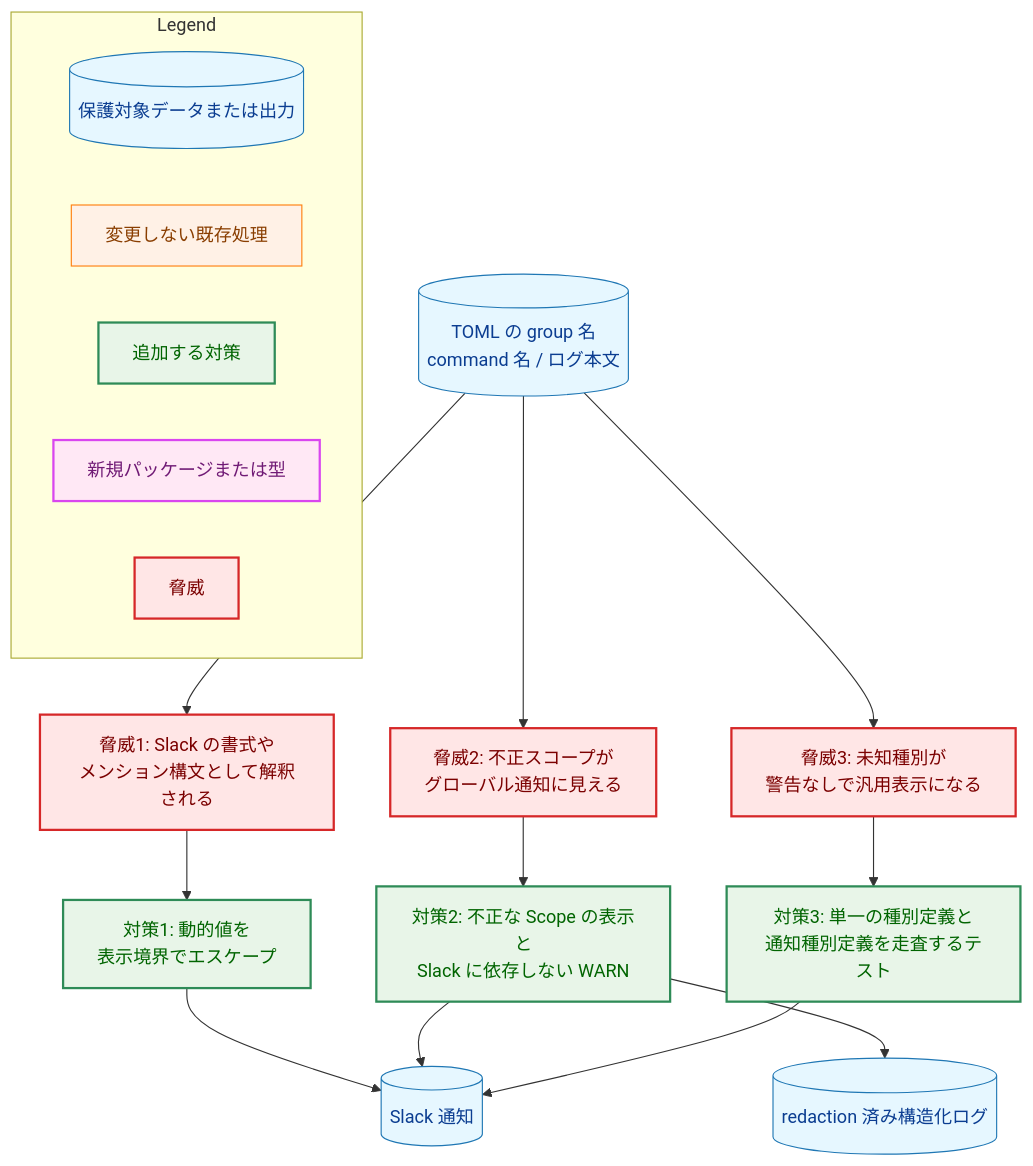
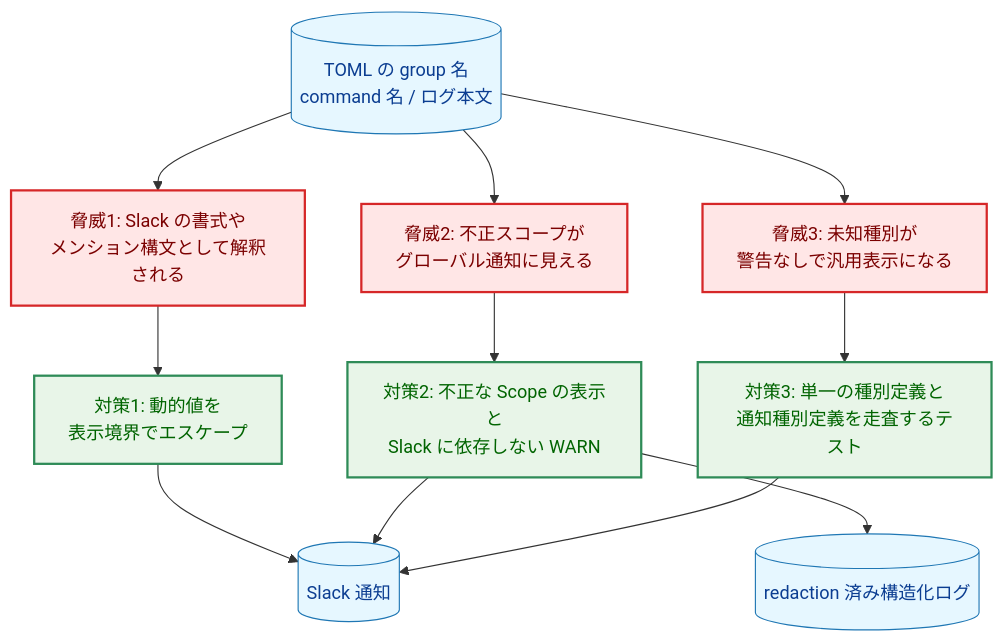
The seventh of 10 diagrams in docs/tasks/0172_slack_notification_message_unification/02_architecture.md (isseis/go-safe-cmd-runner), drawn with Mermaid before and after one commit. The commit also changed other lines of this file, not shown here.

````diff
--- a/docs/tasks/0172_slack_notification_message_unification/02_architecture.md
+++ b/docs/tasks/0172_slack_notification_message_unification/02_architecture.md
@@ -523,43 +560,31 @@
 ```mermaid
 flowchart TD
     classDef data fill:#e6f7ff,stroke:#1f77b4,stroke-width:1px,color:#0b3d91;
-    classDef process fill:#fff1e6,stroke:#ff7f0e,stroke-width:1px,color:#8a3e00;
     classDef enhanced fill:#e8f5e8,stroke:#2e8b57,stroke-width:2px,color:#006400;
-    classDef newpkg fill:#ffe8f5,stroke:#d946ef,stroke-width:2px,color:#701a75;
     classDef problem fill:#ffe6e6,stroke:#d62728,stroke-width:2px,color:#7b0000;
 
     INPUT[("TOML の group 名<br>command 名 / ログ本文")]
     T1["脅威1: Slack の書式や<br>メンション構文として解釈される"]
     T2["脅威2: 不正スコープが<br>グローバル通知に見える"]
     T3["脅威3: 未知種別が<br>警告なしで汎用表示になる"]
     C1["対策1: 動的値を<br>表示境界でエスケープ"]
     C2["対策2: 不正な Scope の表示と<br>Slack に依存しない WARN"]
     C3["対策3: 単一の種別定義と<br>通知種別定義を走査するテスト"]
     LOG[("redaction 済み構造化ログ")]
     SLACK[("Slack 通知")]
 
     INPUT --> T1
     INPUT --> T2
     INPUT --> T3
     T1 --> C1
     T2 --> C2
     T3 --> C3
     C1 --> SLACK
     C2 --> SLACK
     C2 --> LOG
     C3 --> SLACK
 
-    subgraph Legend["Legend"]
-        L1[("保護対象データまたは出力")]
-        L2["変更しない既存処理"]
-        L3["追加する対策"]
-        L4["新規パッケージまたは型"]
-        L5["脅威"]
-    end
-
-    class INPUT,LOG,SLACK,L1 data
-    class L2 process
-    class C1,C2,C3,L3 enhanced
-    class L4 newpkg
-    class T1,T2,T3,L5 problem
+    class INPUT,LOG,SLACK data
+    class C1,C2,C3 enhanced
+    class T1,T2,T3 problem
 ```
````
